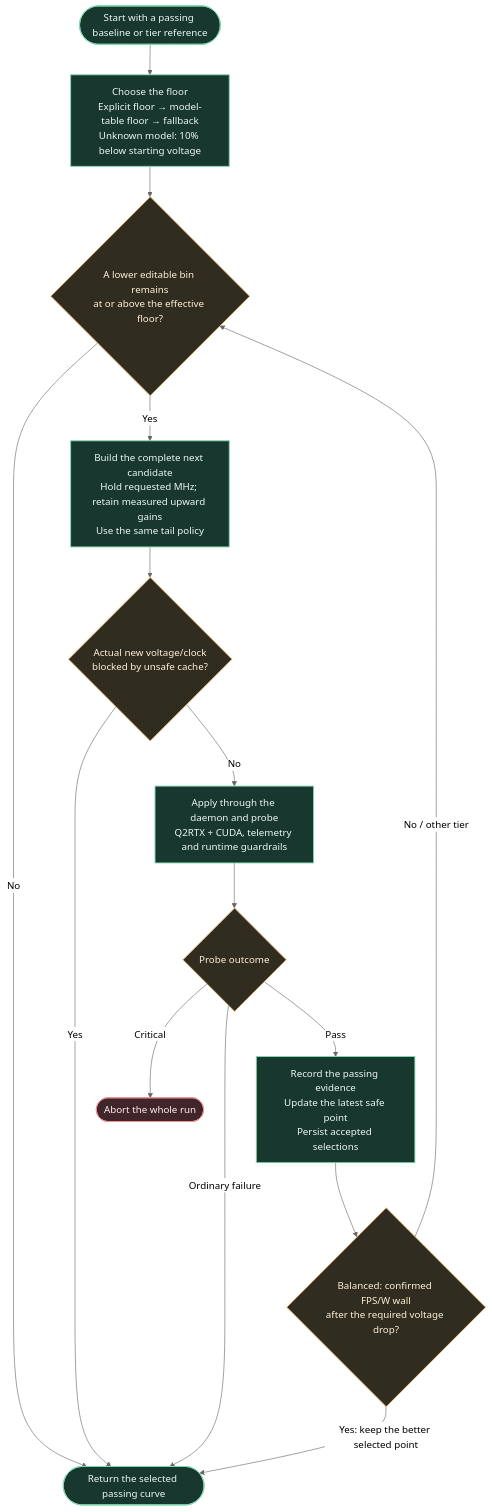
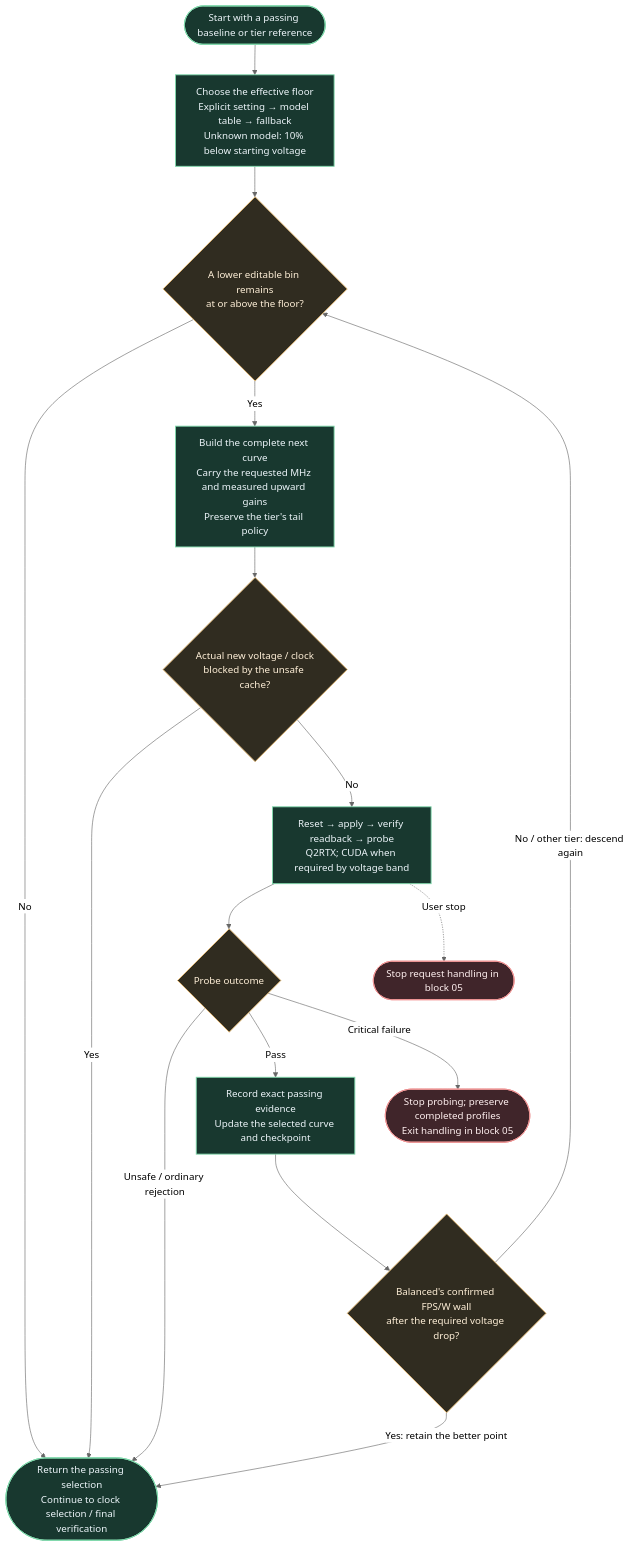
One commit to jpietek/PenguinBurner changed the diagram in docs/pages/auto-uv-cookbook/diagrams/voltage.mmd. Above: the diagram before and after it, drawn with Mermaid (neutral theme). The commit also changed 19 other files, not shown here.

Commit message:
Document Auto-UV recovery and RTX 5080 verification (#76)

```diff
--- a/docs/pages/auto-uv-cookbook/diagrams/voltage.mmd
+++ b/docs/pages/auto-uv-cookbook/diagrams/voltage.mmd
@@ -1,23 +1,25 @@
 flowchart TB
-  accTitle: Finite voltage descent and its stop conditions
-  accDescr: Every accepted step lowers voltage. Floor, unsafe cache, ordinary failure and Balanced efficiency walls return a passing point; critical errors abort.
-  INPUT([Start with a passing baseline or tier reference]) --> FLOOR["Choose the floor<br/>Explicit floor → model-table floor → fallback<br/>Unknown model: 10% below starting voltage"]
-  FLOOR --> NEXT{"A lower editable bin remains<br/>at or above the effective floor?"}
-  NEXT -->|No| RETURN([Return the selected passing curve])
-  NEXT -->|Yes| BUILD["Build the complete next candidate<br/>Hold requested MHz; retain measured upward gains<br/>Use the same tail policy"]
-  BUILD --> CACHE{"Actual new voltage/clock<br/>blocked by unsafe cache?"}
+  accTitle: Finite voltage descent and its recovery boundary
+  accDescr: Every next probe lowers voltage. A floor, cached unsafe pair, failed candidate or Balanced efficiency wall ends only this sweep. Critical errors and user stops follow the run exit rules.
+  INPUT([Start with a passing baseline or tier reference]) --> FLOOR["Choose the effective floor<br/>Explicit setting → model table → fallback<br/>Unknown model: 10% below starting voltage"]
+  FLOOR --> NEXT{"A lower editable bin remains<br/>at or above the floor?"}
+  NEXT -->|No| RETURN([Return the passing selection<br/>Continue to clock selection / final verification])
+  NEXT -->|Yes| BUILD["Build the complete next curve<br/>Carry the requested MHz and measured upward gains<br/>Preserve the tier's tail policy"]
+  BUILD --> CACHE{"Actual new voltage / clock<br/>blocked by the unsafe cache?"}
   CACHE -->|Yes| RETURN
-  CACHE -->|No| PROBE["Apply through the daemon and probe<br/>Q2RTX + CUDA, telemetry and runtime guardrails"]
+  CACHE -->|No| PROBE["Reset → apply → verify readback → probe<br/>Q2RTX; CUDA when required by voltage band"]
   PROBE --> RESULT{"Probe outcome"}
-  RESULT -->|Critical| ABORT([Abort the whole run])
-  RESULT -->|Ordinary failure| RETURN
-  RESULT -->|Pass| ACCEPT["Record the passing evidence<br/>Update the latest safe point<br/>Persist accepted selections"]
-  ACCEPT --> WALL{"Balanced: confirmed FPS/W wall<br/>after the required voltage drop?"}
-  WALL -->|Yes: keep the better selected point| RETURN
-  WALL -->|No / other tier| NEXT
+  RESULT -->|Unsafe / ordinary rejection| RETURN
+  RESULT -->|Pass| ACCEPT["Record exact passing evidence<br/>Update the selected curve and checkpoint"]
+  ACCEPT --> WALL{"Balanced's confirmed FPS/W wall<br/>after the required voltage drop?"}
+  WALL -->|Yes: retain the better point| RETURN
+  WALL -->|No / other tier: descend again| NEXT
+  RESULT -->|Critical failure| HALT([Stop probing; preserve completed profiles<br/>Exit handling in block 05])
+  PROBE -.->|User stop| STOP([Stop request handling in block 05])
+  classDef setup fill:#19334b,stroke:#84c7f5,color:#edf5fa,stroke-width:1.5px
   classDef work fill:#18382f,stroke:#80d9ac,color:#edf5fa,stroke-width:1.5px
   classDef gate fill:#302c20,stroke:#e9bd76,color:#fff0d8,stroke-width:1.5px
   classDef stop fill:#40252a,stroke:#ef9595,color:#fff0f0,stroke-width:1.5px
   class INPUT,FLOOR,BUILD,PROBE,ACCEPT,RETURN work
   class NEXT,CACHE,RESULT,WALL gate
-  class ABORT stop
+  class HALT,STOP stop
```
